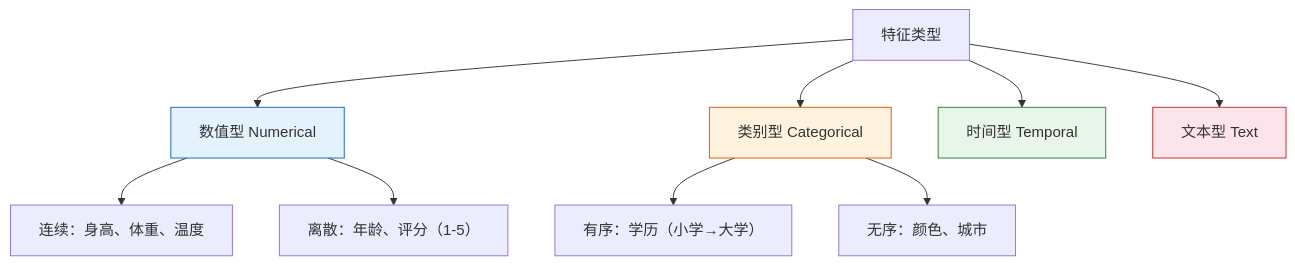
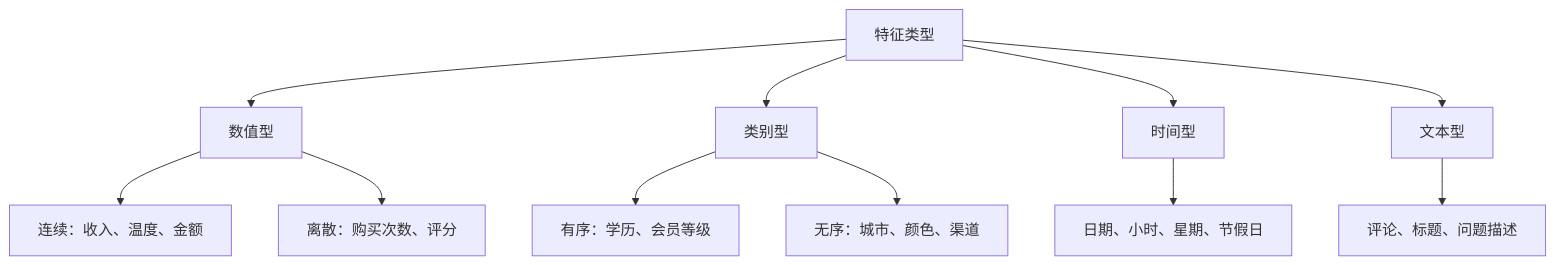
The second of 2 diagrams in docs/stage4/ch05-feature-engineering/01-feature-understanding.md (oudbiao/AI-fullstack-course), drawn with Mermaid before and after one commit. The commit also changed other lines of this file and 84 other files, not shown here.

Commit message:
docs: improve course learning flow

````diff
--- a/docs/stage4/ch05-feature-engineering/01-feature-understanding.md
+++ b/docs/stage4/ch05-feature-engineering/01-feature-understanding.md
@@ -38,16 +38,13 @@
 ```mermaid
 flowchart TD
-    F["特征类型"] --> N["数值型 Numerical"]
-    F --> C["类别型 Categorical"]
-    F --> T["时间型 Temporal"]
-    F --> TX["文本型 Text"]
-    N --> N1["连续：身高、体重、温度"]
-    N --> N2["离散：年龄、评分（1-5）"]
-    C --> C1["有序：学历（小学→大学）"]
-    C --> C2["无序：颜色、城市"]
-
-    style N fill:#e3f2fd,stroke:#1565c0,color:#333
-    style C fill:#fff3e0,stroke:#e65100,color:#333
-    style T fill:#e8f5e9,stroke:#2e7d32,color:#333
-    style TX fill:#fce4ec,stroke:#c62828,color:#333
+  F[特征类型] --> N[数值型]
+  F --> C[类别型]
+  F --> T[时间型]
+  F --> TX[文本型]
+  N --> N1[连续：收入、温度、金额]
+  N --> N2[离散：购买次数、评分]
+  C --> C1[有序：学历、会员等级]
+  C --> C2[无序：城市、颜色、渠道]
+  T --> T1[日期、小时、星期、节假日]
+  TX --> TX1[评论、标题、问题描述]
 ```
````
